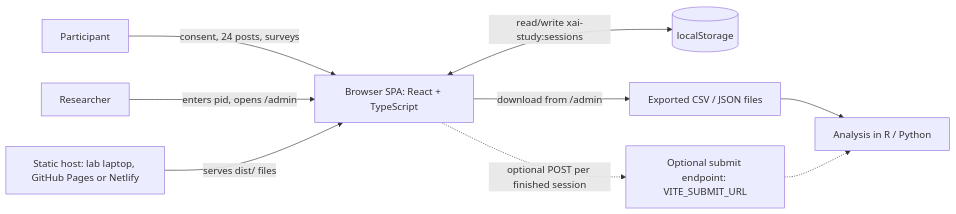
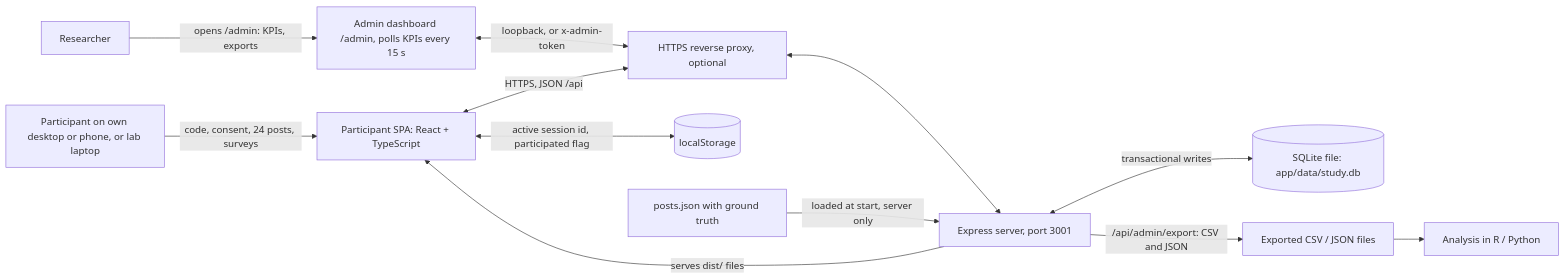
One commit to bibekgupta3333/HCI changed the first of 3 diagrams in docs/architecture.md. Above: the diagram before and after it, drawn with Mermaid. The commit also changed other lines of this file and 87 other files, not shown here.

````diff
--- a/docs/architecture.md
+++ b/docs/architecture.md
@@ -11,11 +15,14 @@
 ```mermaid
 flowchart LR
-    P["Participant"] -->|"consent, 24 posts, surveys"| SPA
-    R["Researcher"] -->|"enters pid, opens /admin"| SPA
-    Host["Static host: lab laptop, GitHub Pages or Netlify"] -->|"serves dist/ files"| SPA["Browser SPA: React + TypeScript"]
-    SPA <-->|"read/write xai-study:sessions"| LS[("localStorage")]
-    SPA -->|"download from /admin"| EX["Exported CSV / JSON files"]
+    P["Participant on own desktop or phone, or lab laptop"] -->|"code, consent, 24 posts, surveys"| SPA
+    R["Researcher"] -->|"opens /admin: KPIs, exports"| ADM
+    SPA["Participant SPA: React + TypeScript"] <-->|"HTTPS, JSON /api"| PX["HTTPS reverse proxy, optional"]
+    ADM["Admin dashboard /admin, polls KPIs every 15 s"] <-->|"loopback, or x-admin-token"| PX
+    PX <--> SRV["Express server, port 3001"]
+    SRV -->|"serves dist/ files"| SPA
+    SPA <-->|"active session id, participated flag"| LS[("localStorage")]
+    SRV <-->|"transactional writes"| DB[("SQLite file: app/data/study.db")]
+    PB["posts.json with ground truth"] -->|"loaded at start, server only"| SRV
+    SRV -->|"/api/admin/export: CSV and JSON"| EX["Exported CSV / JSON files"]
     EX --> AN["Analysis in R / Python"]
-    SPA -.->|"optional POST per finished session"| GAS["Optional submit endpoint: VITE_SUBMIT_URL"]
-    GAS -.-> AN
 ```
````
